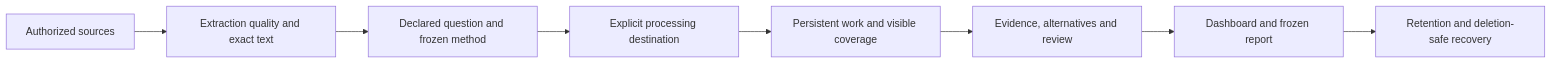
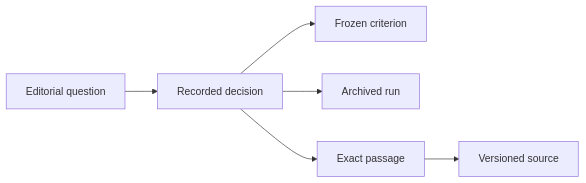
The diagram in README.md (sargonxg/DOXA-by-TACITUS), drawn with Mermaid before and after one commit. The commit also changed other lines of this file and 38 other files, not shown here.

Commit message:
Ship DOXA 0.7 evidence graph and source-first research release

````diff
--- a/README.md
+++ b/README.md
@@ -44,10 +29,8 @@
 ```mermaid
 flowchart LR
-  A[Authorized sources] --> B[Extraction quality and exact text]
-  B --> C[Declared question and frozen method]
-  C --> D[Explicit processing destination]
-  D --> E[Persistent work and visible coverage]
-  E --> F[Evidence, alternatives and review]
-  F --> G[Dashboard and frozen report]
-  G --> H[Retention and deletion-safe recovery]
+  N[Editorial question] --> D[Recorded decision]
+  D --> C[Frozen criterion]
+  D --> R[Archived run]
+  D --> P[Exact passage]
+  P --> S[Versioned source]
 ```
````
